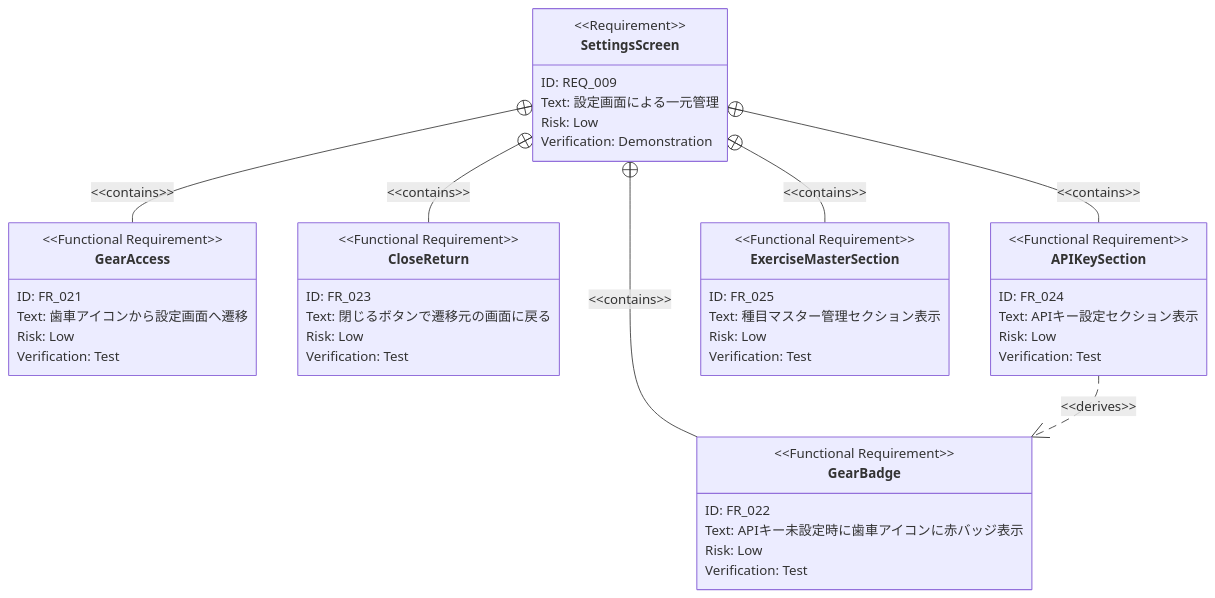
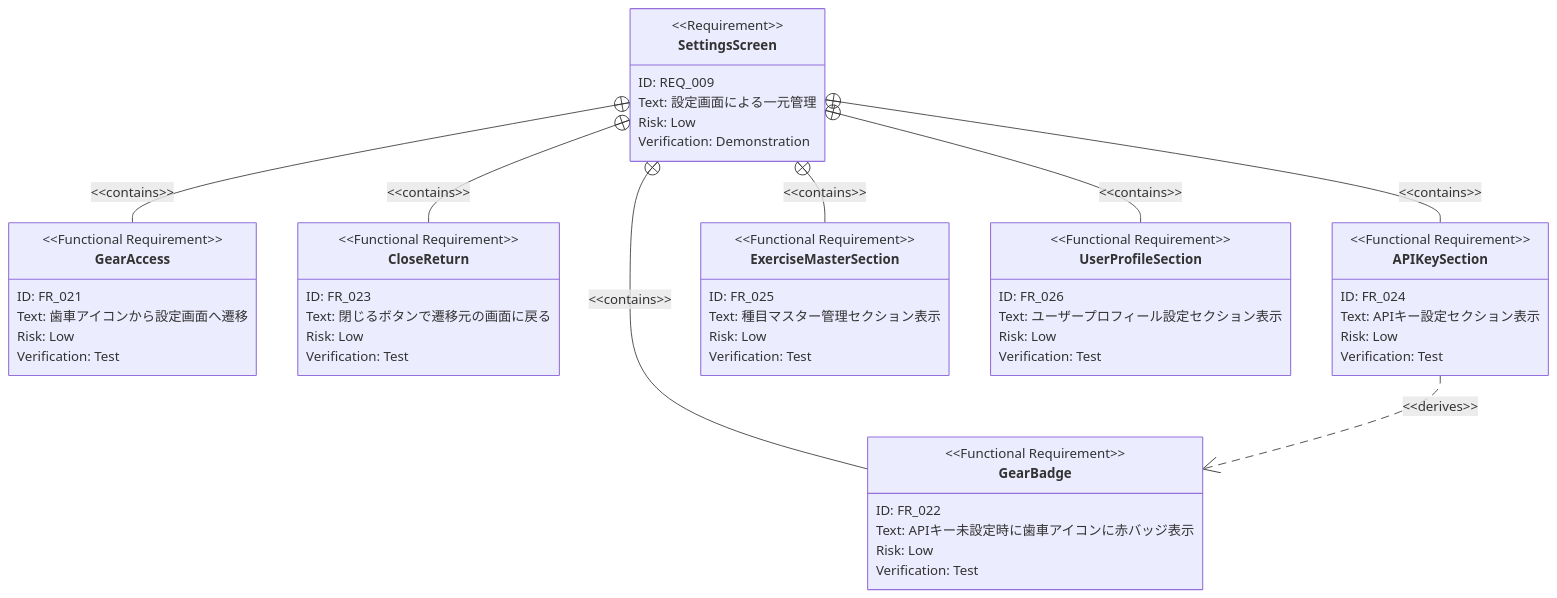
One commit to SakumaTakuya/gymini changed the second of 2 diagrams in docs/prd/settings/index.md. Above: the diagram before and after it, drawn with Mermaid. The commit also changed other lines of this file and 9 other files, not shown here.

````diff
--- a/docs/prd/settings/index.md
+++ b/docs/prd/settings/index.md
@@ -51,51 +53,59 @@
 ```mermaid
 requirementDiagram
     requirement SettingsScreen {
         id: REQ_009
         text: "設定画面による一元管理"
         risk: low
         verifymethod: demonstration
     }
 
     functionalRequirement GearAccess {
         id: FR_021
         text: "歯車アイコンから設定画面へ遷移"
         risk: low
         verifymethod: test
     }
 
     functionalRequirement GearBadge {
         id: FR_022
         text: "APIキー未設定時に歯車アイコンに赤バッジ表示"
         risk: low
         verifymethod: test
     }
 
     functionalRequirement CloseReturn {
         id: FR_023
         text: "閉じるボタンで遷移元の画面に戻る"
         risk: low
         verifymethod: test
     }
 
     functionalRequirement APIKeySection {
         id: FR_024
         text: "APIキー設定セクション表示"
         risk: low
         verifymethod: test
     }
 
     functionalRequirement ExerciseMasterSection {
         id: FR_025
         text: "種目マスター管理セクション表示"
         risk: low
         verifymethod: test
     }
 
+    functionalRequirement UserProfileSection {
+        id: FR_026
+        text: "ユーザープロフィール設定セクション表示"
+        risk: low
+        verifymethod: test
+    }
+
     SettingsScreen - contains -> GearAccess
     SettingsScreen - contains -> GearBadge
     SettingsScreen - contains -> CloseReturn
+    SettingsScreen - contains -> UserProfileSection
     SettingsScreen - contains -> APIKeySection
     SettingsScreen - contains -> ExerciseMasterSection
     APIKeySection - derives -> GearBadge
 ```
````
